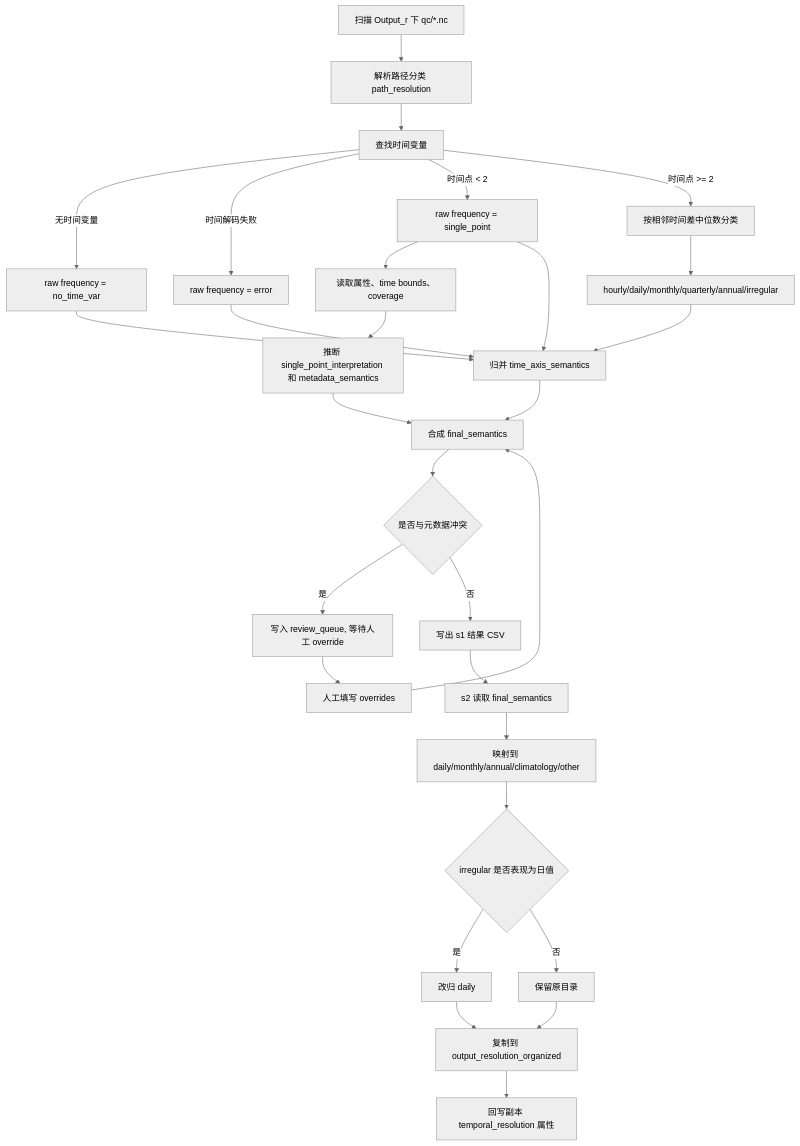
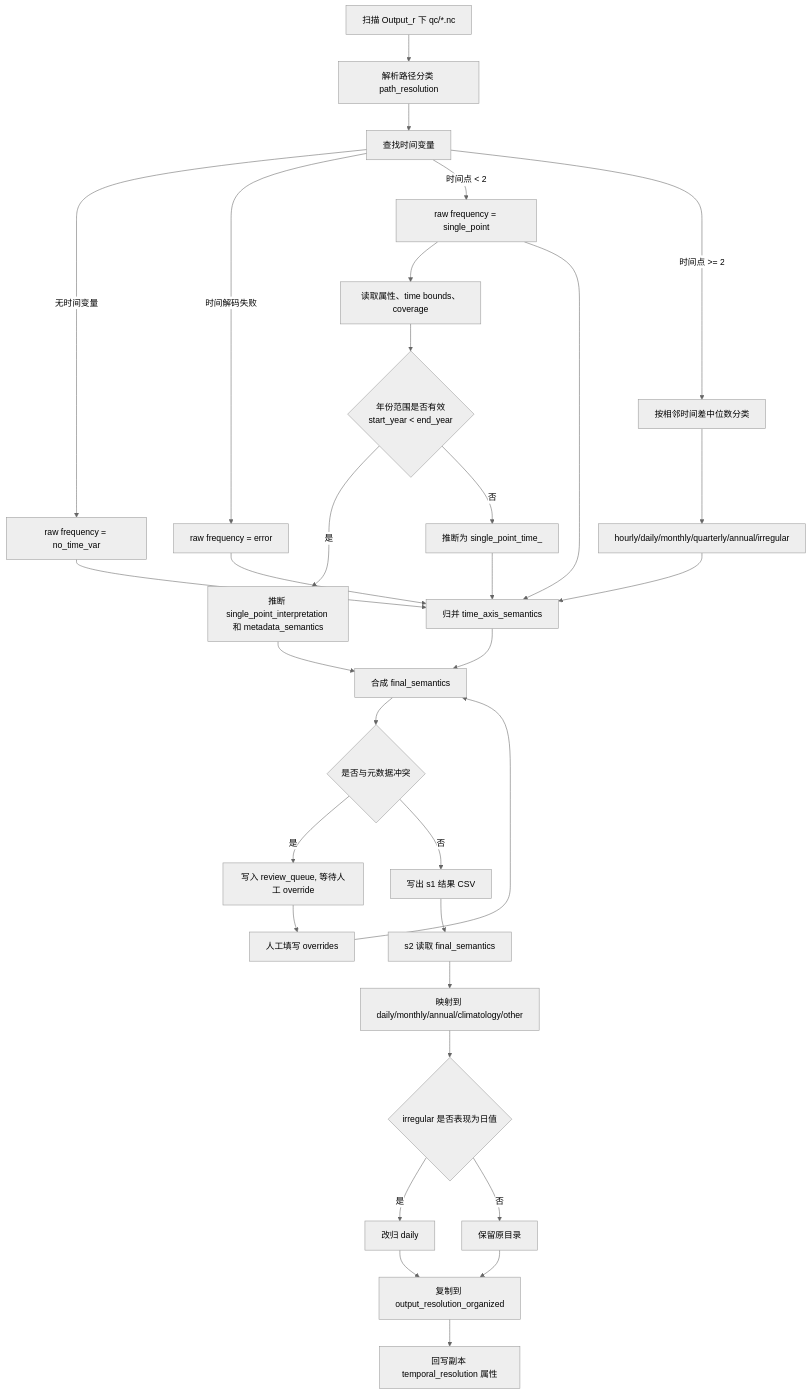
Before and after one commit to jellywzx/sed_data_integration: the diagram in docs/time_resolution_decision_flow.md, drawn with Mermaid (neutral theme). The commit also changed other lines of this file and 3 other files, not shown here.

````diff
--- a/docs/time_resolution_decision_flow.md
+++ b/docs/time_resolution_decision_flow.md
@@ -284,31 +295,34 @@
 ```mermaid
 flowchart TD
     A[扫描 Output_r 下 qc/*.nc] --> B[解析路径分类 path_resolution]
     B --> C[查找时间变量]
     C -->|无时间变量| D[raw frequency = no_time_var]
     C -->|时间解码失败| E[raw frequency = error]
     C -->|时间点 < 2| F[raw frequency = single_point]
     C -->|时间点 >= 2| G[按相邻时间差中位数分类]
     G --> H[hourly/daily/monthly/quarterly/annual/irregular]
     F --> I[读取属性、time bounds、coverage]
-    I --> J[推断 single_point_interpretation 和 metadata_semantics]
+    I --> I1{年份范围是否有效<br>start_year < end_year}
+    I1 -->|是| J[推断 single_point_interpretation 和 metadata_semantics]
+    I1 -->|否| K1[推断为 single_point_time_<date>]
     H --> K[归并 time_axis_semantics]
     D --> K
     E --> K
     F --> K
+    K1 --> K
     J --> L[合成 final_semantics]
     K --> L
     L --> M{是否与元数据冲突}
     M -->|是| N[写入 review_queue, 等待人工 override]
     M -->|否| O[写出 s1 结果 CSV]
     N --> P[人工填写 overrides]
     P --> L
     O --> Q[s2 读取 final_semantics]
     Q --> R[映射到 daily/monthly/annual/climatology/other]
     R --> S{irregular 是否表现为日值}
     S -->|是| T[改归 daily]
     S -->|否| U[保留原目录]
     T --> V[复制到 output_resolution_organized]
     U --> V
     V --> W[回写副本 temporal_resolution 属性]
 ```
````
